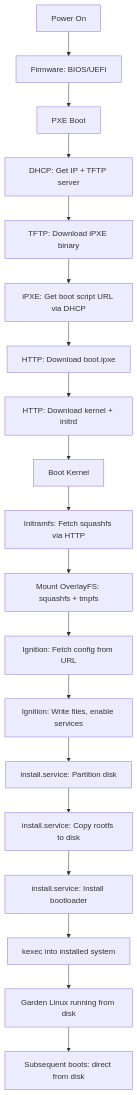
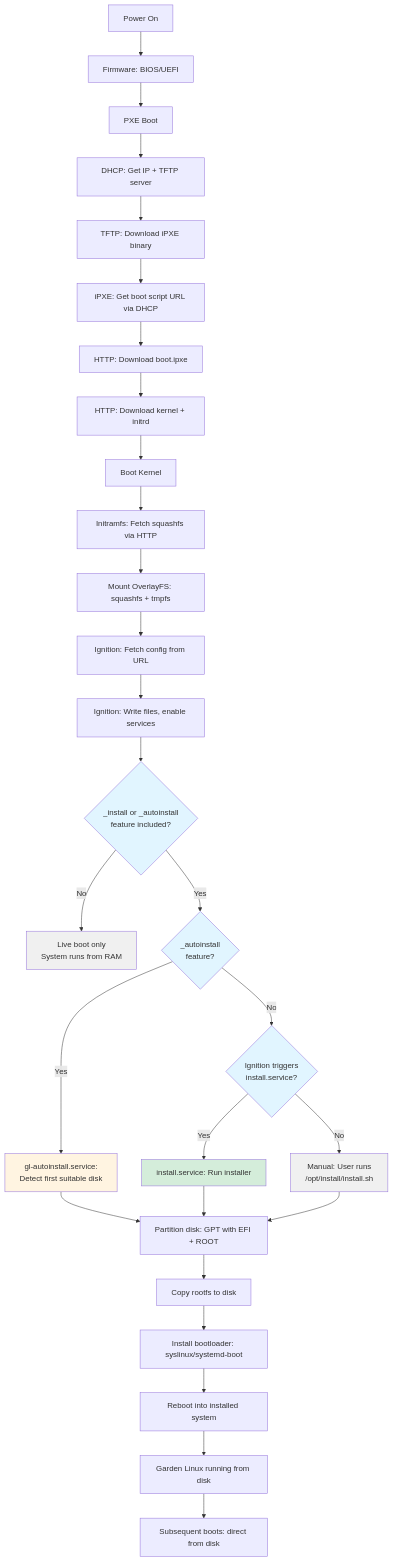
One commit to gardenlinux/gardenlinux changed the diagram in docs/how-to/installation/on-premises/pxe-boot.md. Above: the diagram before and after it, drawn with Mermaid. The commit also changed other lines of this file and 48 other files, not shown here.

````diff
--- a/docs/how-to/installation/on-premises/pxe-boot.md
+++ b/docs/how-to/installation/on-premises/pxe-boot.md
@@ -56,21 +56,45 @@
 ```mermaid
 flowchart TD
     A[Power On] --> B[Firmware: BIOS/UEFI]
     B --> C[PXE Boot]
     C --> D[DHCP: Get IP + TFTP server]
     D --> E[TFTP: Download iPXE binary]
     E --> F[iPXE: Get boot script URL via DHCP]
     F --> G[HTTP: Download boot.ipxe]
     G --> H[HTTP: Download kernel + initrd]
     H --> I[Boot Kernel]
     I --> J[Initramfs: Fetch squashfs via HTTP]
     J --> K[Mount OverlayFS: squashfs + tmpfs]
     K --> L[Ignition: Fetch config from URL]
     L --> M[Ignition: Write files, enable services]
-    M --> N[install.service: Partition disk]
-    N --> O[install.service: Copy rootfs to disk]
-    O --> P[install.service: Install bootloader]
-    P --> Q[kexec into installed system]
-    Q --> R[Garden Linux running from disk]
-    R --> S[Subsequent boots: direct from disk]
+
+    M --> InstallCheck{_install or _autoinstall<br/>feature included?}
+
+    InstallCheck -->|No| LiveOnly[Live boot only<br/>System runs from RAM]
+
+    InstallCheck -->|Yes| AutoCheck{_autoinstall<br/>feature?}
+
+    AutoCheck -->|Yes| AutoService[gl-autoinstall.service:<br/>Detect first suitable disk]
+    AutoCheck -->|No| ManualOrIgnition{Ignition triggers<br/>install.service?}
+
+    ManualOrIgnition -->|Yes| IgnitionInstall[install.service: Run installer]
+    ManualOrIgnition -->|No| ManualInstall[Manual: User runs<br/>/opt/install/install.sh]
+
+    AutoService --> Partition[Partition disk: GPT with EFI + ROOT]
+    IgnitionInstall --> Partition
+    ManualInstall --> Partition
+
+    Partition --> Copy[Copy rootfs to disk]
+    Copy --> InstallBoot[Install bootloader: syslinux/systemd-boot]
+    InstallBoot --> Reboot[Reboot into installed system]
+    Reboot --> Running[Garden Linux running from disk]
+    Running --> Subsequent[Subsequent boots: direct from disk]
+
+    style InstallCheck fill:#e1f5ff
+    style AutoCheck fill:#e1f5ff
+    style ManualOrIgnition fill:#e1f5ff
+    style LiveOnly fill:#f0f0f0
+    style AutoService fill:#fff4e1
+    style IgnitionInstall fill:#d4edda
+    style ManualInstall fill:#f0f0f0
 ```
````
